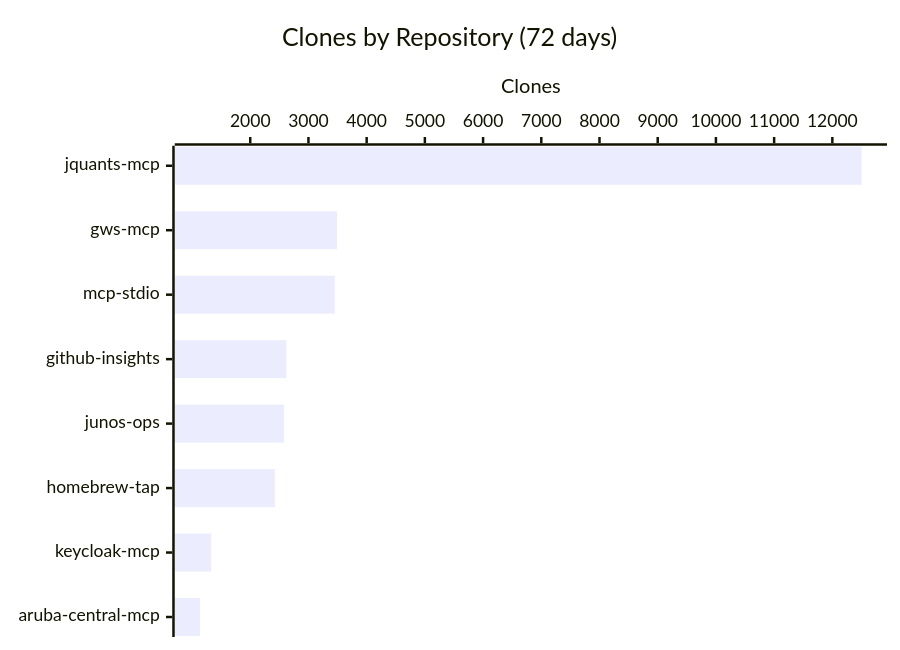
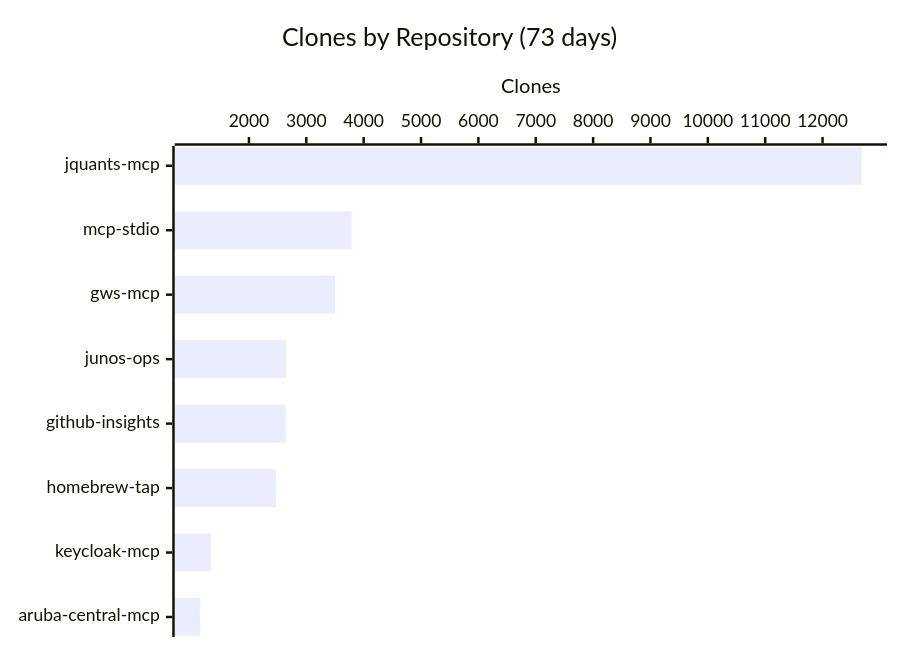
The third of 3 diagrams in README.md (shigechika/github-insights), drawn with Mermaid before and after one commit. The commit also changed other lines of this file and 2 other files, not shown here.

````diff
--- a/README.md
+++ b/README.md
@@ -38,7 +38,7 @@
 ```mermaid
 xychart-beta horizontal
-    title "Clones by Repository (72 days)"
-    x-axis ["jquants-mcp", "gws-mcp", "mcp-stdio", "github-insights", "junos-ops", "homebrew-tap", "keycloak-mcp", "aruba-central-mcp"]
+    title "Clones by Repository (73 days)"
+    x-axis ["jquants-mcp", "mcp-stdio", "gws-mcp", "junos-ops", "github-insights", "homebrew-tap", "keycloak-mcp", "aruba-central-mcp"]
     y-axis "Clones"
-    bar [12503, 3490, 3452, 2621, 2580, 2422, 1328, 1139]
+    bar [12681, 3792, 3499, 2648, 2641, 2471, 1340, 1149]
 ```
````
